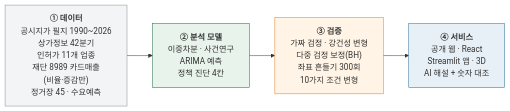
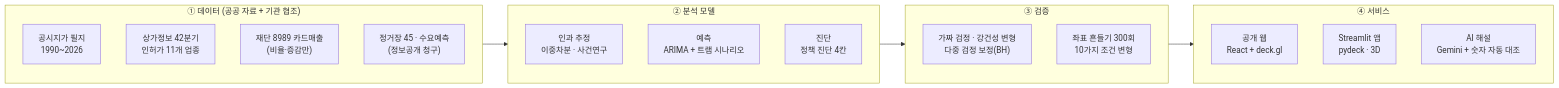
The second of 4 diagrams in README.md (KangSeungWan/Commercial-Area-Analysis), drawn with Mermaid before and after one commit. The commit also changed other lines of this file and 1 other file, not shown here.

Commit message:
README 다듬기: 4칸 색, 생성형 AI 해설 수치 검증 절차

````diff
--- a/README.md
+++ b/README.md
@@ -92,12 +92,24 @@
 ```mermaid
 flowchart LR
-  D["<b>① 데이터</b><br/>공시지가 필지 1990~2026<br/>상가정보 42분기<br/>인허가 11개 업종<br/>재단 8989 카드매출<br/>(비율·증감만)<br/>정거장 45 · 수요예측"]
-  M["<b>② 분석 모델</b><br/>이중차분 · 사건연구<br/>ARIMA 예측<br/>정책 진단 4칸"]
-  V["<b>③ 검증</b><br/>가짜 검정 · 강건성 변형<br/>다중 검정 보정(BH)<br/>좌표 흔들기 300회<br/>10가지 조건 변형"]
-  O["<b>④ 서비스</b><br/>공개 웹 · React<br/>Streamlit 앱 · 3D<br/>AI 해설 + 숫자 대조"]
+  subgraph D["① 데이터 (공공 자료 + 기관 협조)"]
+    D1["공시지가 필지<br/>1990~2026"]
+    D2["상가정보 42분기<br/>인허가 11개 업종"]
+    D3["재단 8989 카드매출<br/>(비율·증감만)"]
+    D4["정거장 45 · 수요예측<br/>(정보공개 청구)"]
+  end
+  subgraph M["② 분석 모델"]
+    M1["인과 추정<br/>이중차분 · 사건연구"]
+    M2["예측<br/>ARIMA + 트램 시나리오"]
+    M3["진단<br/>정책 진단 4칸"]
+  end
+  subgraph V["③ 검증"]
+    V1["가짜 검정 · 강건성 변형<br/>다중 검정 보정(BH)"]
+    V2["좌표 흔들기 300회<br/>10가지 조건 변형"]
+  end
+  subgraph O["④ 서비스"]
+    O1["공개 웹<br/>React + deck.gl"]
+    O2["Streamlit 앱<br/>pydeck · 3D"]
+    O3["AI 해설<br/>Gemini + 숫자 자동 대조"]
+  end
   D --> M --> V --> O
-  style D fill:#f3f4f6,stroke:#8a8f98
-  style M fill:#e8f3ec,stroke:#1f6f4a
-  style V fill:#fff4e5,stroke:#d9822b
-  style O fill:#e7f0f6,stroke:#2a6f97
 ```
````
